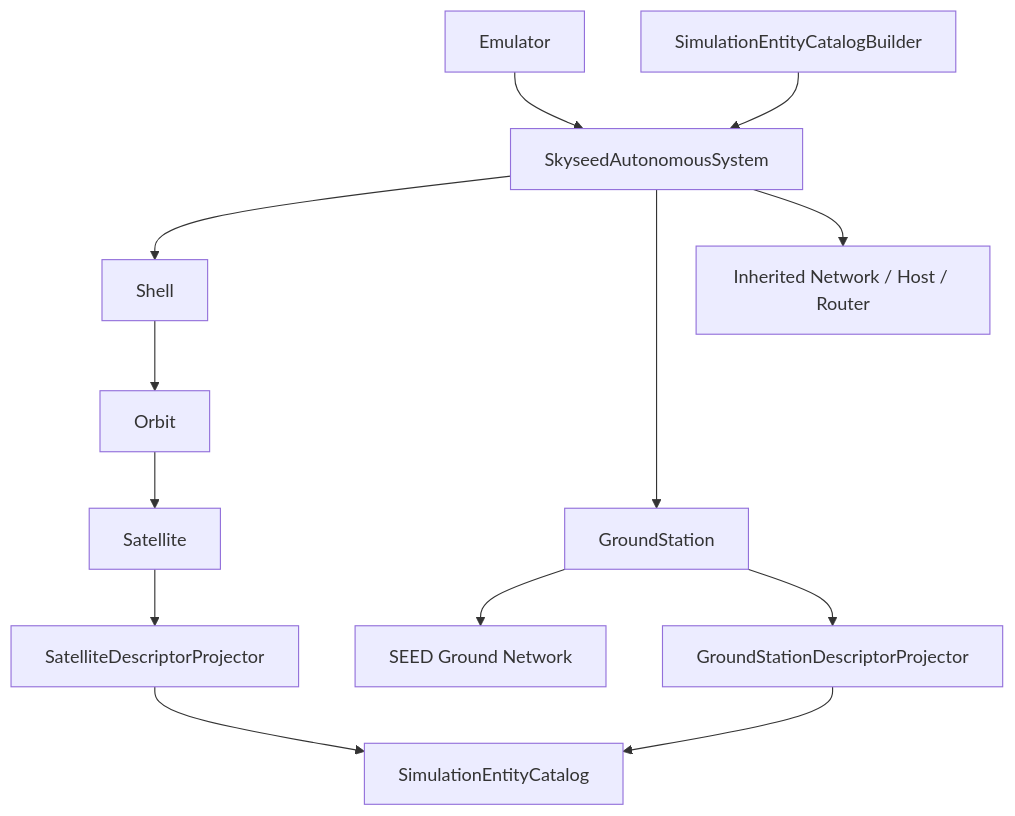
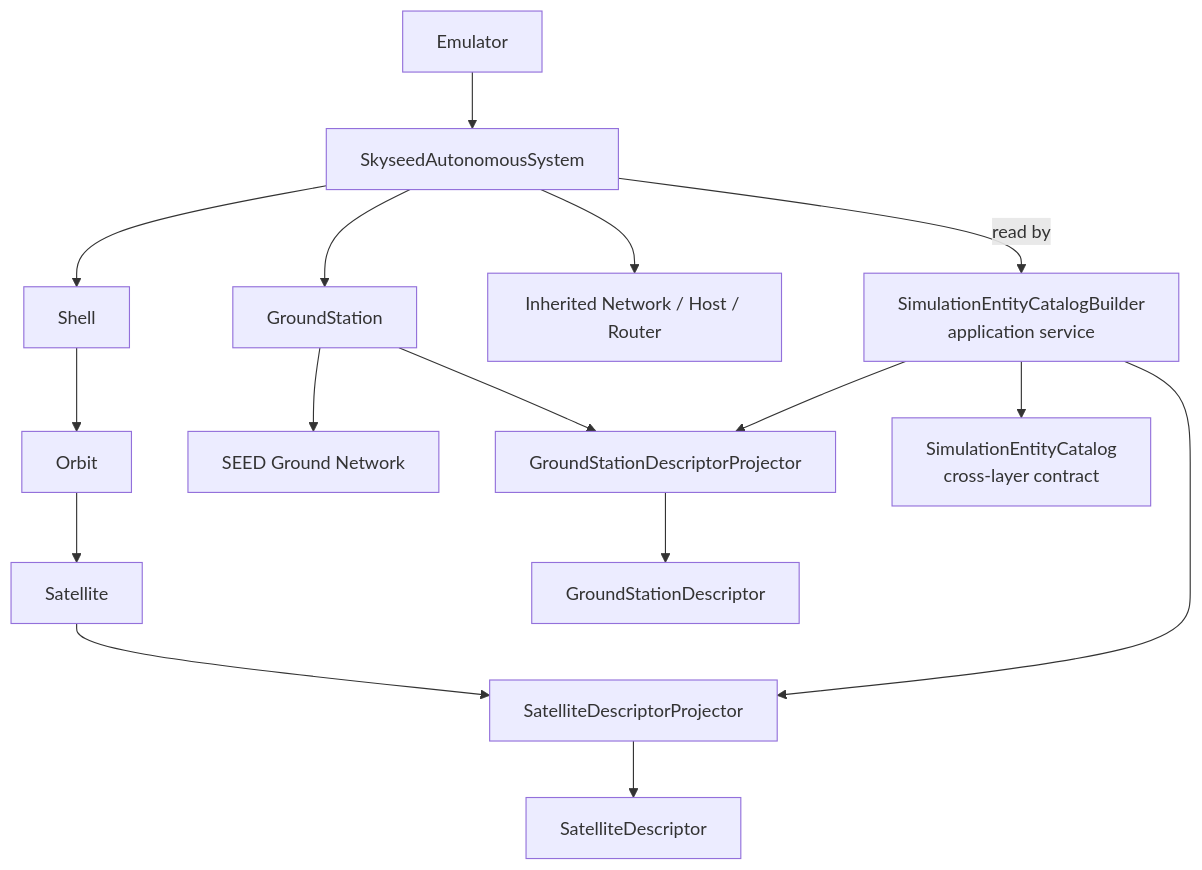
One commit to seed-labs/skyseed changed the fourth of 11 diagrams in skyseed_v2/docs/architecture/diagrams.md. Above: the diagram before and after it, drawn with Mermaid. The commit also changed other lines of this file and 43 other files, not shown here.

Commit message:
Finalize Emulator terminology and architecture traceability

````diff
--- a/skyseed_v2/docs/architecture/diagrams.md
+++ b/skyseed_v2/docs/architecture/diagrams.md
@@ -100,17 +100,20 @@
 ```mermaid
 flowchart TD
     Emulator --> SkyseedAS[SkyseedAutonomousSystem]
     SkyseedAS --> Shell
     Shell --> Orbit
     Orbit --> Satellite
 
     SkyseedAS --> GroundStation
     SkyseedAS --> StandardNode[Inherited Network / Host / Router]
     GroundStation --> GroundNetwork[SEED Ground Network]
 
-    Builder[SimulationEntityCatalogBuilder] --> SkyseedAS
+    SkyseedAS -->|read by| Builder[SimulationEntityCatalogBuilder<br/>application service]
     Satellite --> SatelliteProjector[SatelliteDescriptorProjector]
     GroundStation --> GroundProjector[GroundStationDescriptorProjector]
-    SatelliteProjector --> Catalog[SimulationEntityCatalog]
-    GroundProjector --> Catalog
+    SatelliteProjector --> SatelliteDescriptor[SatelliteDescriptor]
+    GroundProjector --> GroundDescriptor[GroundStationDescriptor]
+    Builder --> SatelliteProjector
+    Builder --> GroundProjector
+    Builder --> Catalog[SimulationEntityCatalog<br/>cross-layer contract]
 ```
````
